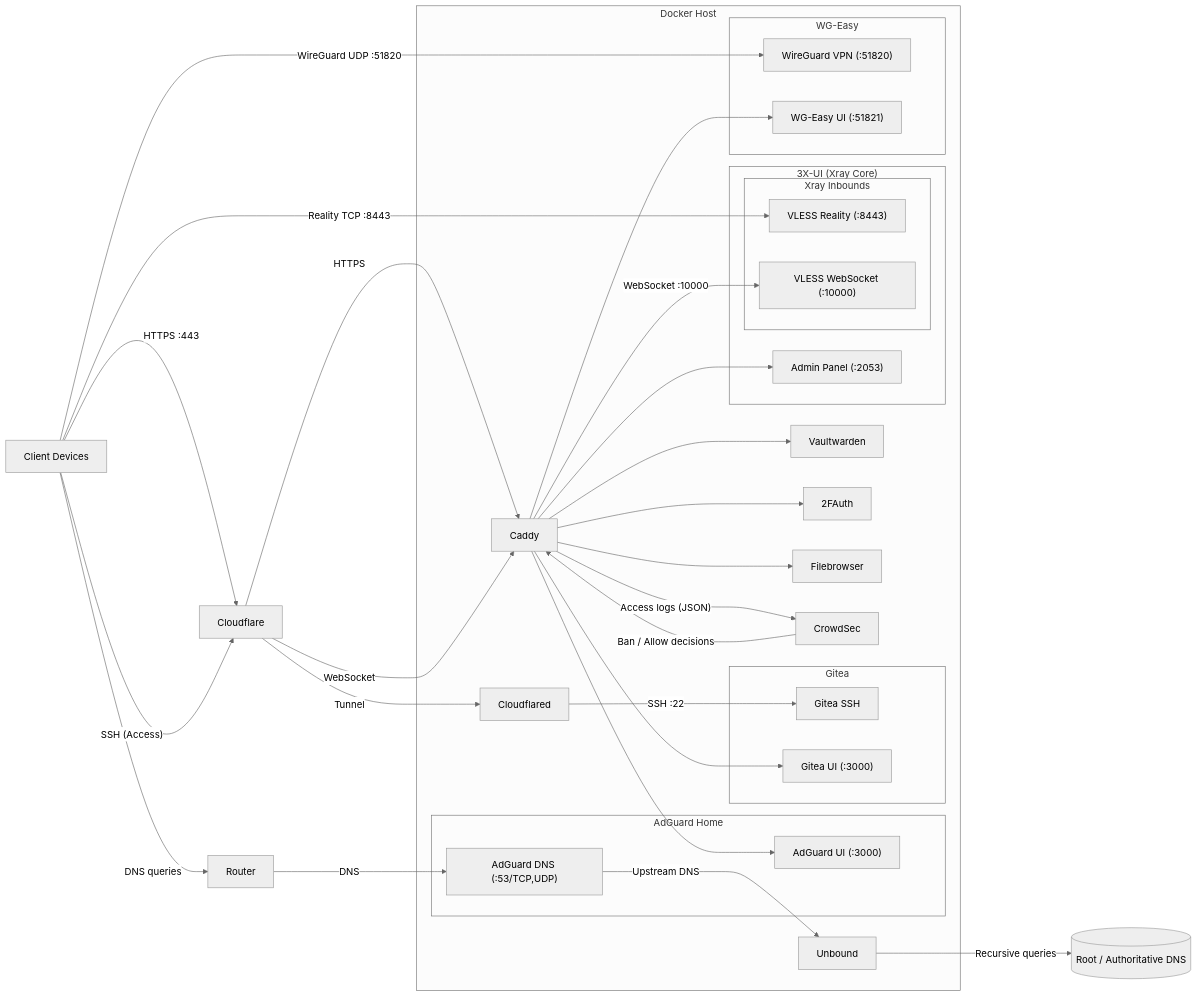
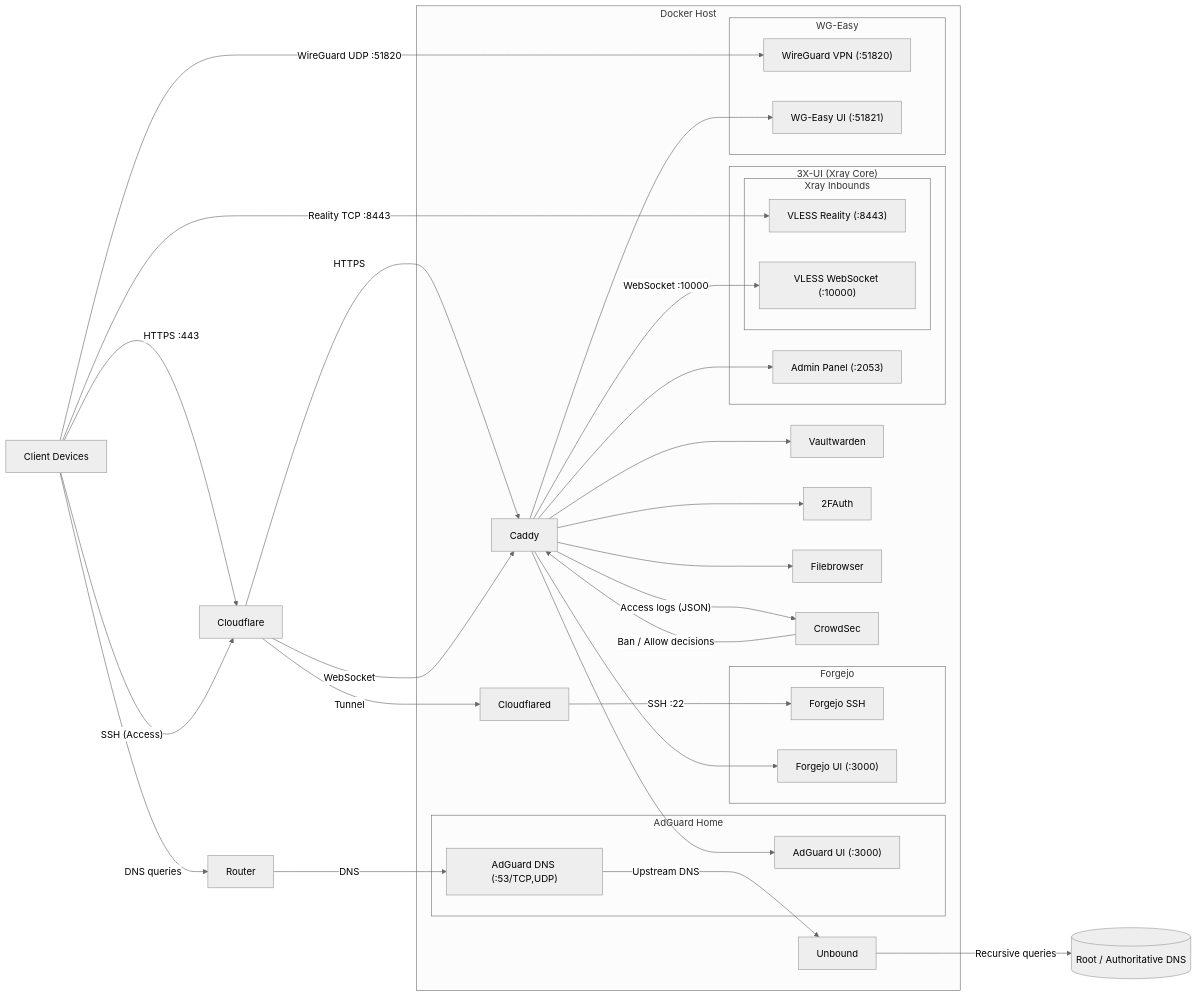
The diagram in README.md (AndrewTrieu/selfhosted), drawn with Mermaid (neutral theme) before and after one commit. The commit also changed other lines of this file and 2 other files, not shown here.

Commit message:
feat: Replace Gitea with Forgejo

````diff
--- a/README.md
+++ b/README.md
@@ -87,75 +87,75 @@
 ```mermaid
 flowchart LR
     Client["Client Devices"]
 
     %% DNS flow
     Client -->|"DNS queries"| Router
     Router -->|"DNS"| AdGuardDNS
     AdGuardDNS -->|"Upstream DNS"| Unbound
     Unbound -->|"Recursive queries"| InternetDNS[(Root / Authoritative DNS)]
 
     %% Entry points
     Client -->|"HTTPS :443"| Cloudflare
     Client -->|Reality TCP :8443| XrayReality
     Client -->|WireGuard UDP :51820| WireGuardVPN
     Client -->|"SSH (Access)"| Cloudflare
 
     %% Web & CDN flow
     Cloudflare -->|"HTTPS"| Caddy
     Cloudflare -->|"Tunnel"| Cloudflared
 
     %% SSH tunnel
-    Cloudflared -->|"SSH :22"| GiteaSSH
+    Cloudflared -->|"SSH :22"| ForgejoSSH
 
     %% Reverse proxy targets
     Caddy --> Vaultwarden
     Caddy --> TwoFAuth["2FAuth"]
     Caddy --> Filebrowser
-    Caddy --> GiteaUI["Gitea UI"]
+    Caddy --> ForgejoUI["Forgejo UI"]
     Caddy --> AdGuardUI["AdGuard UI"]
     Caddy --> WGEasyUI["WG-Easy UI"]
     Caddy --> XUIAdmin["3X-UI Admin Panel"]
 
     %% CrowdSec integration
     Caddy -->|"Access logs (JSON)"| CrowdSec
     CrowdSec -->|"Ban / Allow decisions"| Caddy
 
     %% VLESS over CDN (WebSocket only)
     Cloudflare -->|"WebSocket"| Caddy
     Caddy -->|WebSocket :10000| XrayWS
 
     %% Containers
     subgraph DockerHost["Docker Host"]
         Caddy
         Vaultwarden
         TwoFAuth
         Filebrowser
         Unbound
         Cloudflared
         CrowdSec
 
         subgraph AdGuardHome["AdGuard Home"]
             AdGuardDNS["AdGuard DNS (:53/TCP,UDP)"]
             AdGuardUI["AdGuard UI (:3000)"]
         end
 
-        subgraph Gitea["Gitea"]
-            GiteaSSH["Gitea SSH"]
-            GiteaUI["Gitea UI (:3000)"]
+        subgraph Forgejo["Forgejo"]
+            ForgejoSSH["Forgejo SSH"]
+            ForgejoUI["Forgejo UI (:3000)"]
         end
 
         subgraph XUI["3X-UI (Xray Core)"]
             XUIAdmin["Admin Panel (:2053)"]
 
             subgraph XrayInbounds["Xray Inbounds"]
                 XrayWS["VLESS WebSocket (:10000)"]
                 XrayReality["VLESS Reality (:8443)"]
             end
         end
 
         subgraph WireGuardStack["WG-Easy"]
             WireGuardVPN["WireGuard VPN (:51820)"]
             WGEasyUI["WG-Easy UI (:51821)"]
         end
     end
 ```
````
